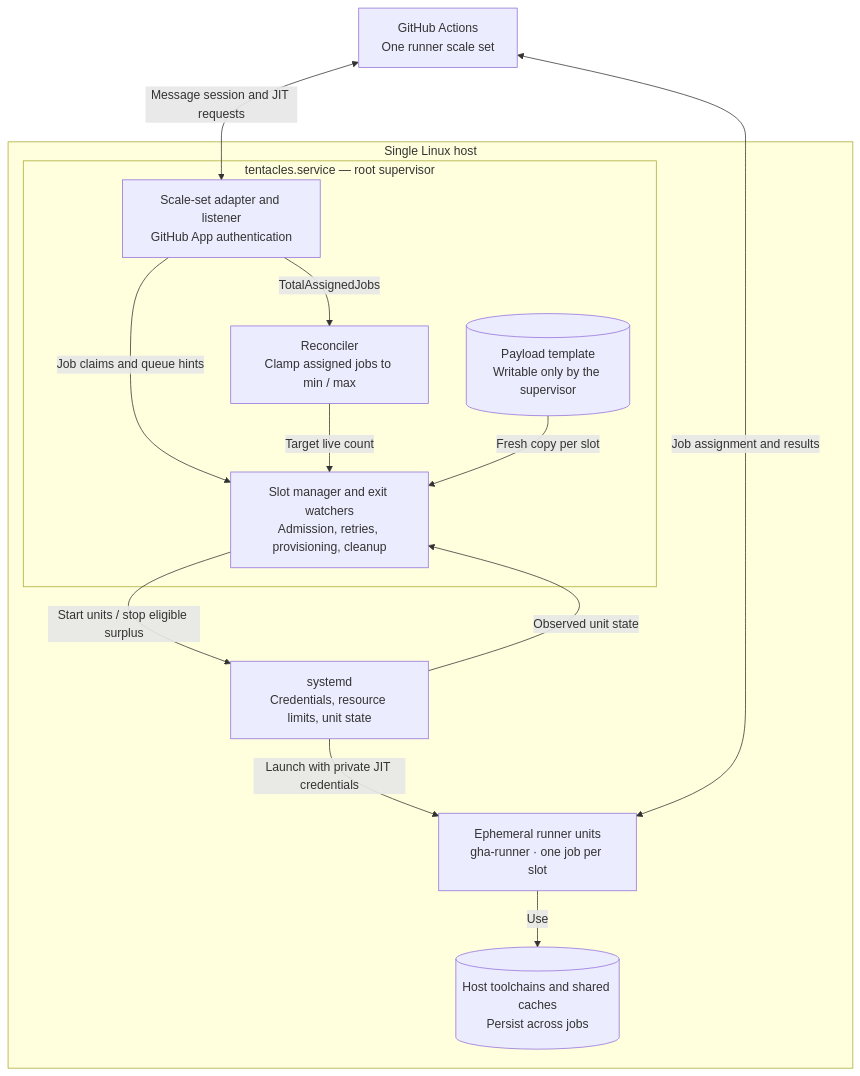
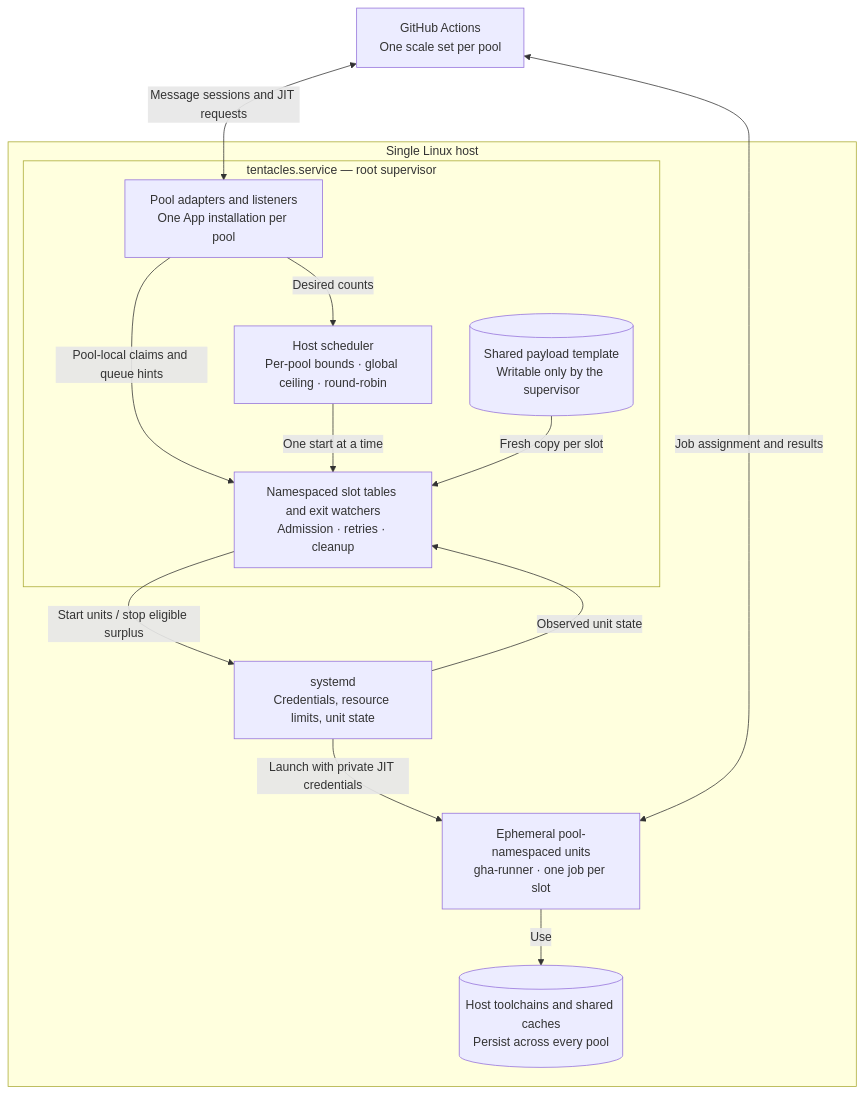
One commit to 0xinterface/tentacles changed the first of 2 diagrams in README.md. Above: the diagram before and after it, drawn with Mermaid. The commit also changed other lines of this file and 32 other files, not shown here.

Commit message:
feat: support multiple GitHub runner pools

````diff
--- a/README.md
+++ b/README.md
@@ -49,33 +50,33 @@
 ```mermaid
 flowchart TD
-    accTitle: Tentacles production architecture
-    accDescr: GitHub sends scale-set demand to the root supervisor, which provisions unprivileged systemd runners from a payload template. Runners execute jobs directly from GitHub and share host toolchains and caches.
+    accTitle: Tentacles multi-pool production architecture
+    accDescr: Independent GitHub scale sets supply demand to one host scheduler, which provisions pool-namespaced systemd runners from a shared payload.
 
-    github["GitHub Actions<br/>One runner scale set"]
+    github["GitHub Actions<br/>One scale set per pool"]
 
     subgraph host["Single Linux host"]
         subgraph daemon["tentacles.service — root supervisor"]
-            listener["Scale-set adapter and listener<br/>GitHub App authentication"]
-            reconcile["Reconciler<br/>Clamp assigned jobs to min / max"]
-            slots["Slot manager and exit watchers<br/>Admission, retries, provisioning, cleanup"]
-            template[("Payload template<br/>Writable only by the supervisor")]
+            listeners["Pool adapters and listeners<br/>One App installation per pool"]
+            scheduler["Host scheduler<br/>Per-pool bounds · global ceiling · round-robin"]
+            slots["Namespaced slot tables and exit watchers<br/>Admission · retries · cleanup"]
+            template[("Shared payload template<br/>Writable only by the supervisor")]
 
-            listener -->|TotalAssignedJobs| reconcile
-            listener -->|Job claims and queue hints| slots
-            reconcile -->|Target live count| slots
+            listeners -->|Desired counts| scheduler
+            listeners -->|Pool-local claims and queue hints| slots
+            scheduler -->|One start at a time| slots
             template -->|Fresh copy per slot| slots
         end
 
         systemd["systemd<br/>Credentials, resource limits, unit state"]
-        runners["Ephemeral runner units<br/>gha-runner · one job per slot"]
-        shared[("Host toolchains and shared caches<br/>Persist across jobs")]
+        runners["Ephemeral pool-namespaced units<br/>gha-runner · one job per slot"]
+        shared[("Host toolchains and shared caches<br/>Persist across every pool")]
 
         slots -->|Start units / stop eligible surplus| systemd
         systemd -->|Launch with private JIT credentials| runners
         systemd -->|Observed unit state| slots
         runners -->|Use| shared
     end
 
-    github <-->|Message session and JIT requests| listener
+    github <-->|Message sessions and JIT requests| listeners
     github <-->|Job assignment and results| runners
 ```
````
